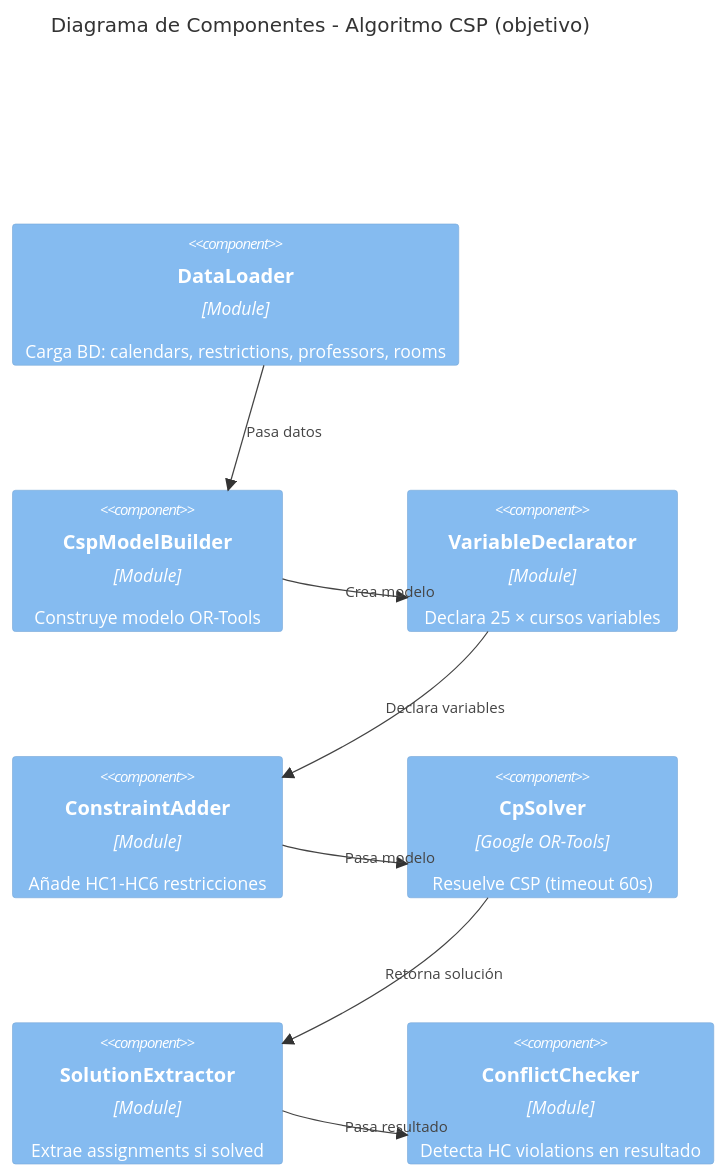
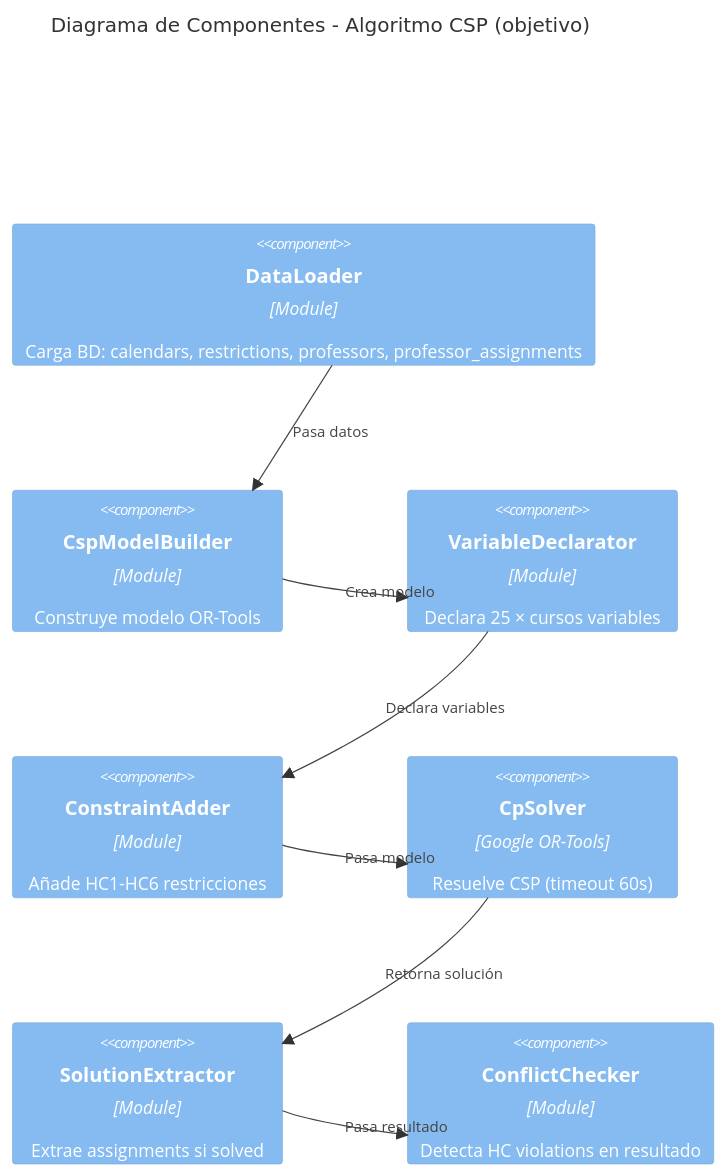
Before and after one commit to kiketon007/CalendarSchool: diagram 15 of 15 in docs/arquitectura/DIAGRAMA_C4.md, drawn with Mermaid. The commit also changed other lines of this file and 46 other files, not shown here.

````diff
--- a/docs/arquitectura/DIAGRAMA_C4.md
+++ b/docs/arquitectura/DIAGRAMA_C4.md
@@ -588,19 +588,19 @@
 ```mermaid
 C4Component
     title Diagrama de Componentes - Algoritmo CSP (objetivo)
 
-    Component(input_loader, "DataLoader", "Module", "Carga BD: calendars, restrictions, professors, rooms")
+    Component(input_loader, "DataLoader", "Module", "Carga BD: calendars, restrictions, professors, professor_assignments")
     Component(model_builder, "CspModelBuilder", "Module", "Construye modelo OR-Tools")
     Component(var_declarator, "VariableDeclarator", "Module", "Declara 25 × cursos variables")
     Component(constraint_adder, "ConstraintAdder", "Module", "Añade HC1-HC6 restricciones")
     Component(solver_executor, "CpSolver", "Google OR-Tools", "Resuelve CSP (timeout 60s)")
     Component(solution_extractor, "SolutionExtractor", "Module", "Extrae assignments si solved")
     Component(conflict_checker, "ConflictChecker", "Module", "Detecta HC violations en resultado")
 
     Rel(input_loader, model_builder, "Pasa datos", "")
     Rel(model_builder, var_declarator, "Crea modelo", "")
     Rel(var_declarator, constraint_adder, "Declara variables", "")
     Rel(constraint_adder, solver_executor, "Pasa modelo", "")
     Rel(solver_executor, solution_extractor, "Retorna solución", "")
     Rel(solution_extractor, conflict_checker, "Pasa resultado", "")
 ```
````
